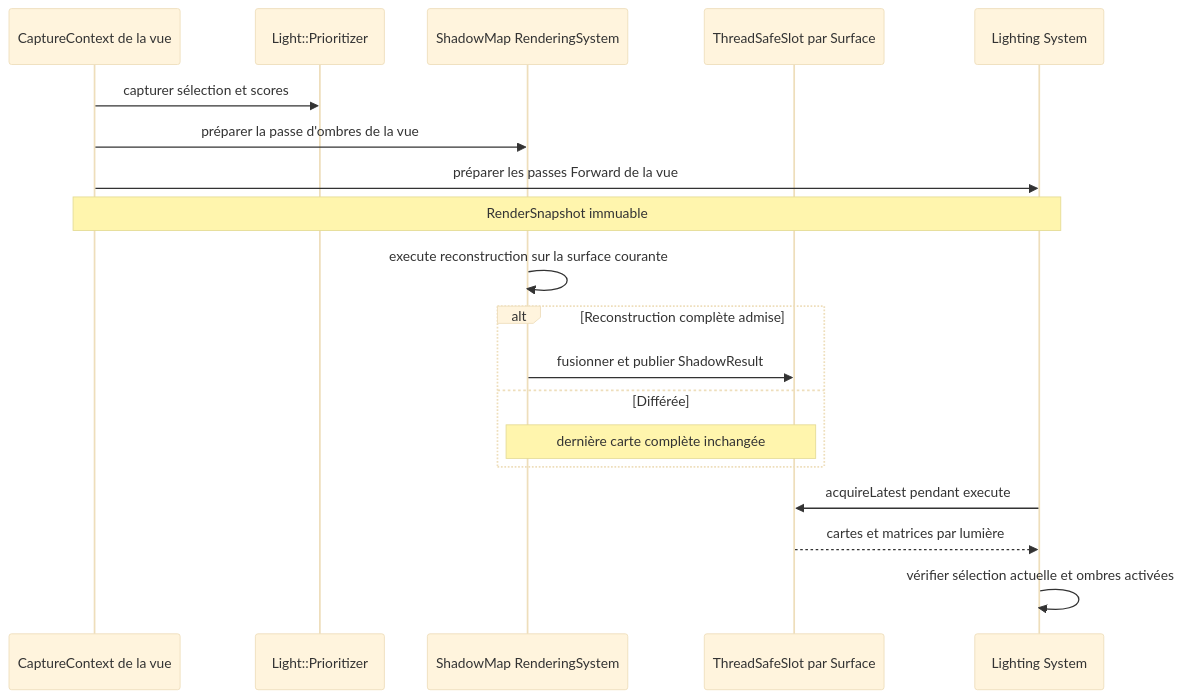
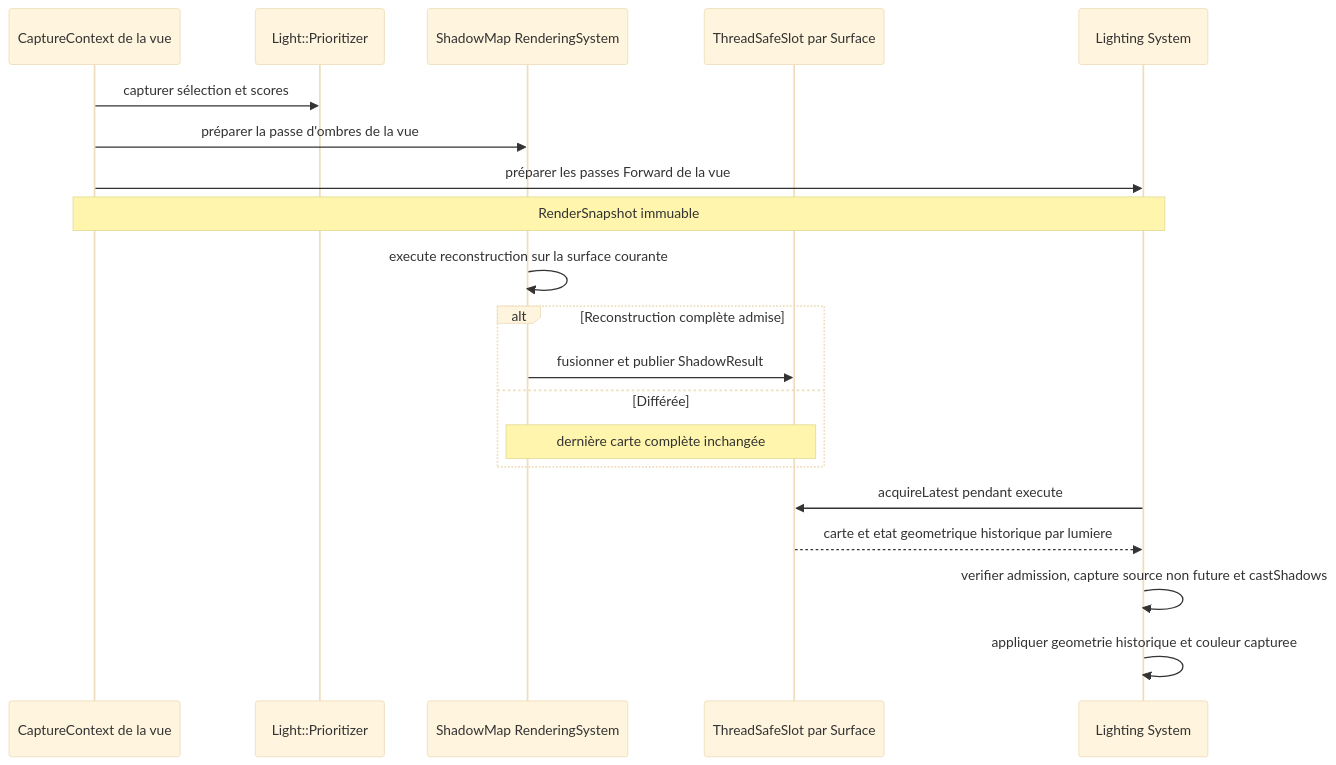
The first of 10 diagrams in docs/voxel-engine-v0.1.4/08-lumieres-et-ombres.md (EreliaStudio/Sparkle), drawn with Mermaid (base theme) before and after one commit. The commit also changed other lines of this file, not shown here.

````diff
--- a/docs/voxel-engine-v0.1.4/08-lumieres-et-ombres.md
+++ b/docs/voxel-engine-v0.1.4/08-lumieres-et-ombres.md
@@ -15,21 +15,22 @@
 ```mermaid
 sequenceDiagram
   participant CPU as CaptureContext de la vue
   participant P as Light::Prioritizer
   participant SH as ShadowMap RenderingSystem
   participant Slot as ThreadSafeSlot par Surface
   participant LI as Lighting System
   CPU->>P: capturer sélection et scores
   CPU->>SH: préparer la passe d'ombres de la vue
   CPU->>LI: préparer les passes Forward de la vue
   Note over CPU,LI: RenderSnapshot immuable
   SH->>SH: execute reconstruction sur la surface courante
   alt Reconstruction complète admise
     SH->>Slot: fusionner et publier ShadowResult
   else Différée
     Note over SH,Slot: dernière carte complète inchangée
   end
   LI->>Slot: acquireLatest pendant execute
-  Slot-->>LI: cartes et matrices par lumière
-  LI->>LI: vérifier sélection actuelle et ombres activées
+  Slot-->>LI: carte et etat geometrique historique par lumiere
+  LI->>LI: verifier admission, capture source non future et castShadows
+  LI->>LI: appliquer geometrie historique et couleur capturee
 ```
````
